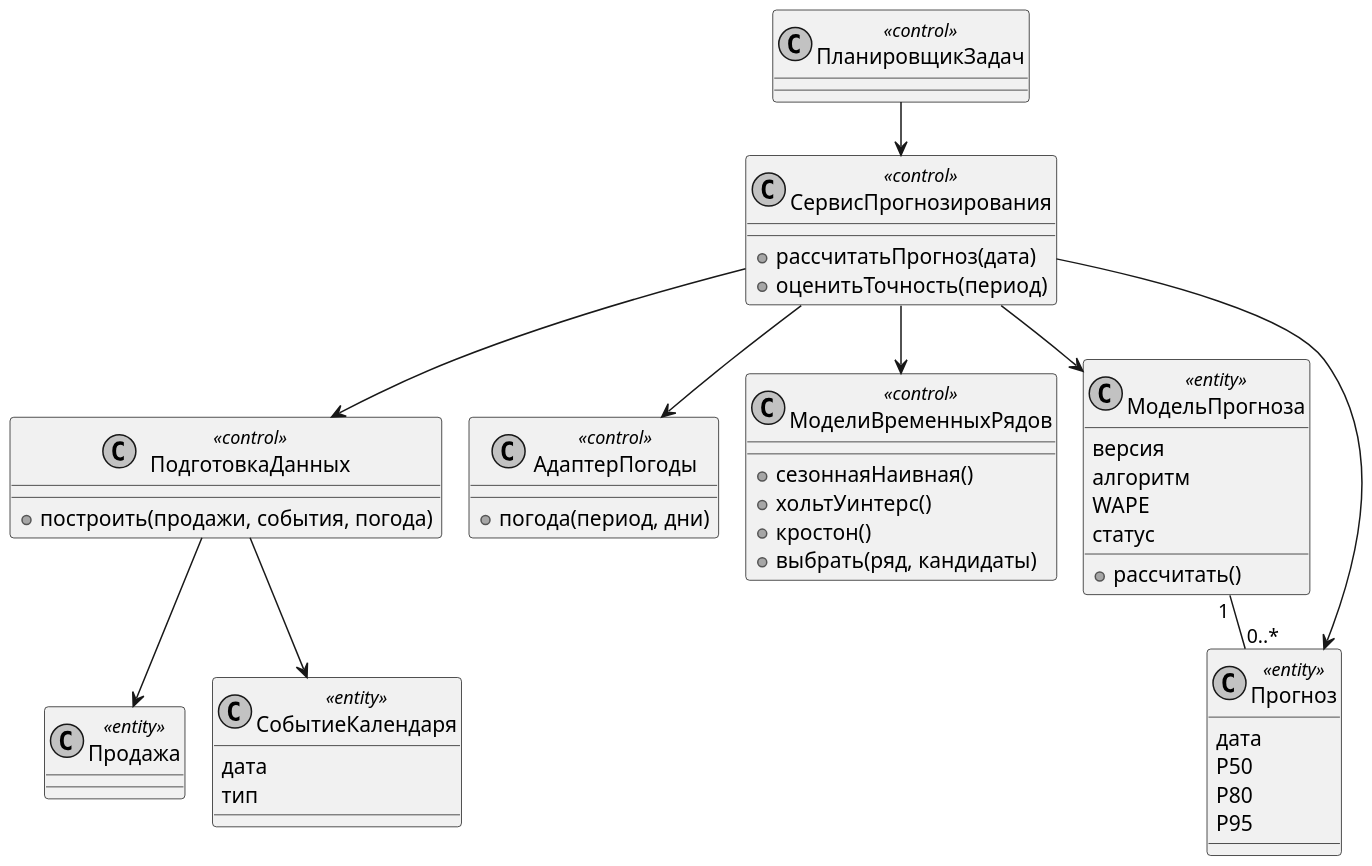
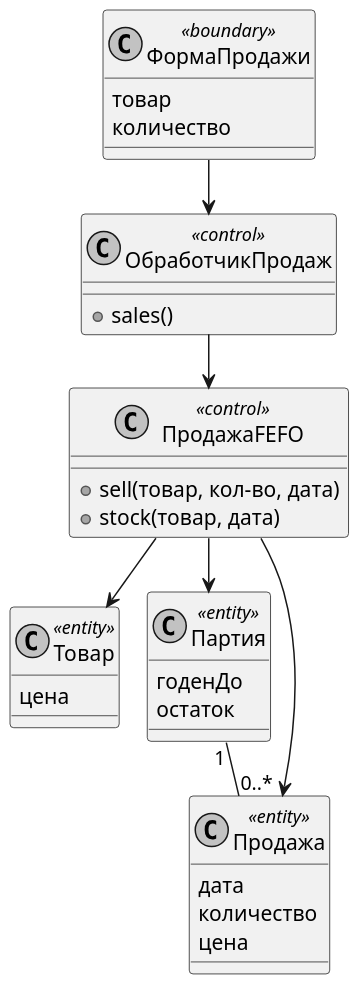
One commit to DarkSwordman999/flower-demand-planning changed the diagram in diagrams/uml_vopc_1.puml. Above: the diagram before and after it, drawn with PlantUML. The commit also changed 40 other files, not shown here.

Commit message:
ПР 5-6, 7-8, 9-10 под базовую редакцию: IDEF0/IDEF3 из пяти работ салона, UML по модулям app.py и logic.py, план из 12 этапов по датам ПР 3

```diff
--- a/diagrams/uml_vopc_1.puml
+++ b/diagrams/uml_vopc_1.puml
@@ -1,51 +1,36 @@
 @startuml
 !pragma layout smetana
 skinparam dpi 150
 skinparam defaultFontName Arial
 skinparam shadowing false
 skinparam monochrome true
-class ПланировщикЗадач <<control>>
-class СервисПрогнозирования <<control>> {
- +рассчитатьПрогноз(дата)
- +оценитьТочность(период)
+class ФормаПродажи <<boundary>> {
+ товар
+ количество
 }
-class ПодготовкаДанных <<control>> {
- +построить(продажи, события, погода)
+class ОбработчикПродаж <<control>> {
+ +sales()
 }
-class АдаптерПогоды <<control>> {
- +погода(период, дни)
+class ПродажаFEFO <<control>> {
+ +sell(товар, кол-во, дата)
+ +stock(товар, дата)
 }
-class МоделиВременныхРядов <<control>> {
- +сезоннаяНаивная()
- +хольтУинтерс()
- +кростон()
- +выбрать(ряд, кандидаты)
+class Товар <<entity>> {
+ цена
 }
-class МодельПрогноза <<entity>> {
- версия
- алгоритм
- WAPE
- статус
- +рассчитать()
+class Партия <<entity>> {
+ годенДо
+ остаток
 }
-class Прогноз <<entity>> {
+class Продажа <<entity>> {
  дата
- P50
- P80
- P95
+ количество
+ цена
 }
-class Продажа <<entity>>
-class СобытиеКалендаря <<entity>> {
- дата
- тип
-}
-ПланировщикЗадач --> СервисПрогнозирования
-СервисПрогнозирования --> ПодготовкаДанных
-СервисПрогнозирования --> АдаптерПогоды
-СервисПрогнозирования --> МодельПрогноза
-СервисПрогнозирования --> МоделиВременныхРядов
-СервисПрогнозирования --> Прогноз
-ПодготовкаДанных --> Продажа
-ПодготовкаДанных --> СобытиеКалендаря
-МодельПрогноза "1" -- "0..*" Прогноз
+ФормаПродажи --> ОбработчикПродаж
+ОбработчикПродаж --> ПродажаFEFO
+ПродажаFEFO --> Товар
+ПродажаFEFO --> Партия
+ПродажаFEFO --> Продажа
+Партия "1" -- "0..*" Продажа
 @enduml
```
